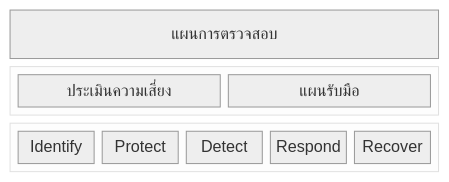
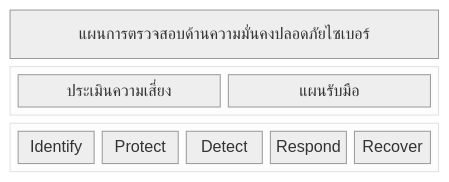
The second of 10 diagrams in README.md (Kietpawpan/pdpa), drawn with Mermaid (neutral theme) before and after one commit.

````diff
--- a/README.md
+++ b/README.md
@@ -26,14 +26,14 @@
 ```mermaid
 block-beta
   columns 3
-  Z["แผนการตรวจสอบ"]:3
+  Z["แผนการตรวจสอบด้านความมั่นคงปลอดภัยไซเบอร์"]:3
   block:group1:3
   %% columns auto (default)
     ประเมินความเสี่ยง
     แผนรับมือ
  end
   block:group2:3
     %% columns auto (default)
     Identify Protect Detect Respond Recover
 end
 ```
````
